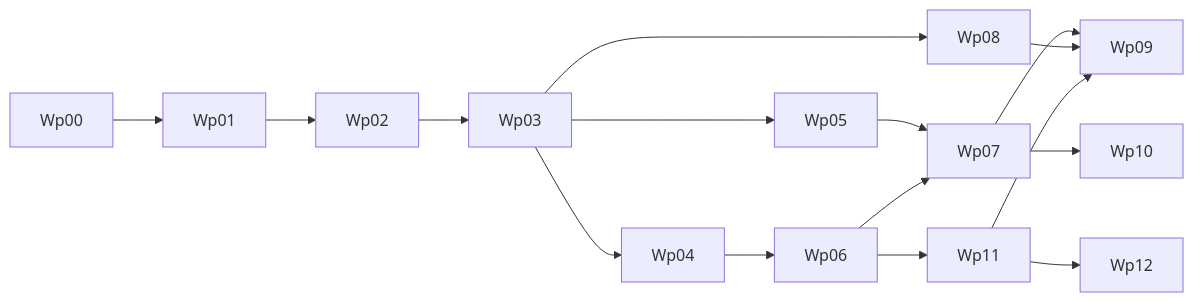
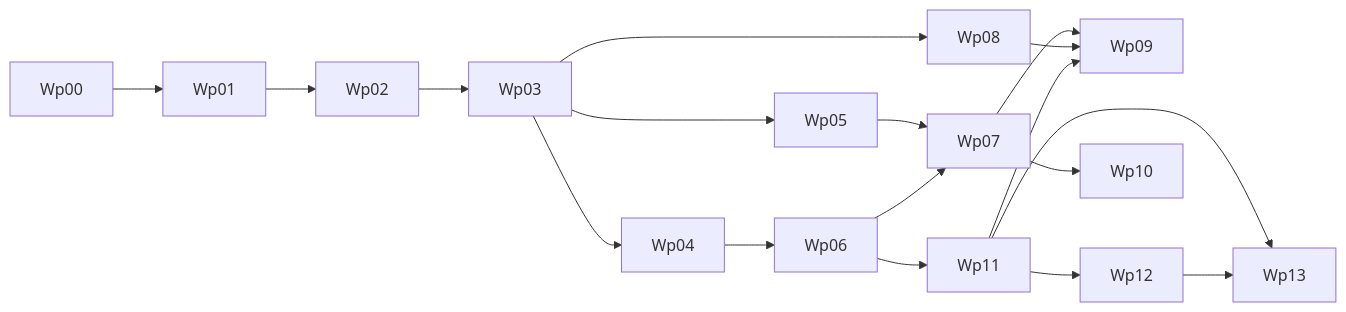
One commit to katooling/pocket-gpt changed the diagram in docs/operations/execution-board.md. Above: the diagram before and after it, drawn with Mermaid. The commit also changed other lines of this file and 26 other files, not shown here.

````diff
--- a/docs/operations/execution-board.md
+++ b/docs/operations/execution-board.md
@@ -212,18 +224,20 @@
 ```mermaid
 flowchart LR
 Wp00 --> Wp01
 Wp01 --> Wp02
 Wp02 --> Wp03
 Wp03 --> Wp04
 Wp03 --> Wp05
 Wp04 --> Wp06
 Wp05 --> Wp07
 Wp06 --> Wp07
 Wp03 --> Wp08
 Wp06 --> Wp11
 Wp07 --> Wp09
 Wp08 --> Wp09
 Wp11 --> Wp09
 Wp11 --> Wp12
+Wp11 --> Wp13
+Wp12 --> Wp13
 Wp07 --> Wp10
 ```
````
